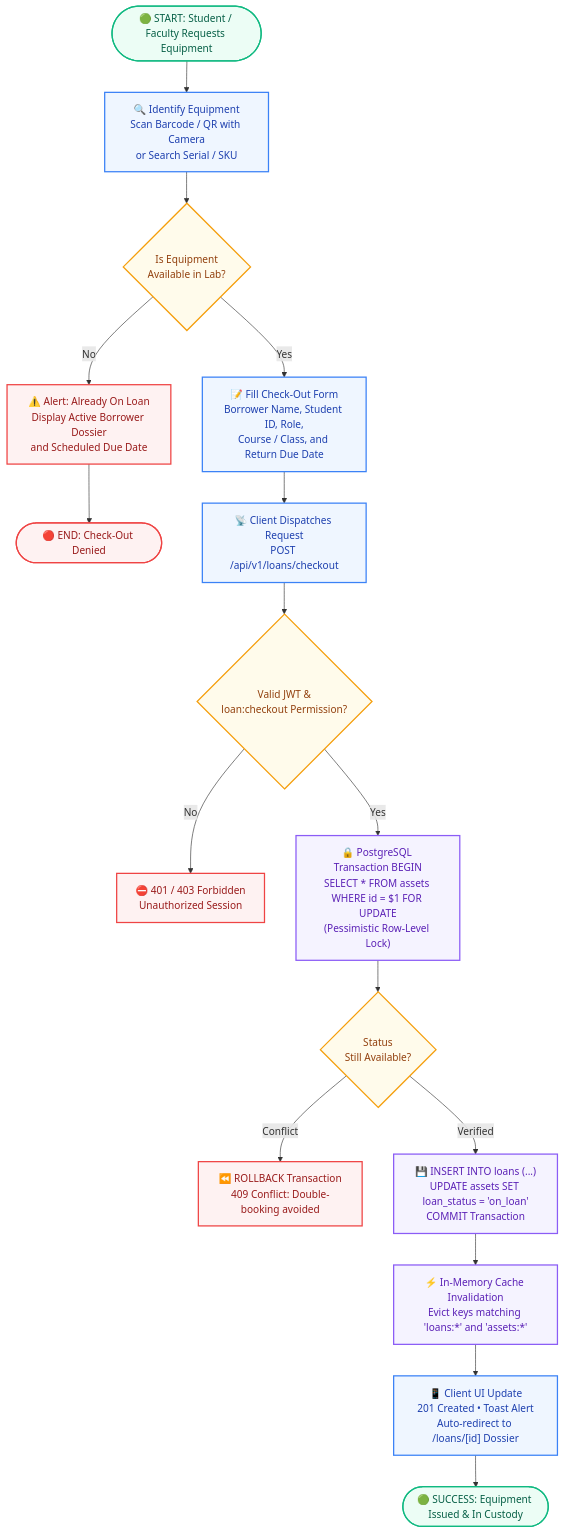
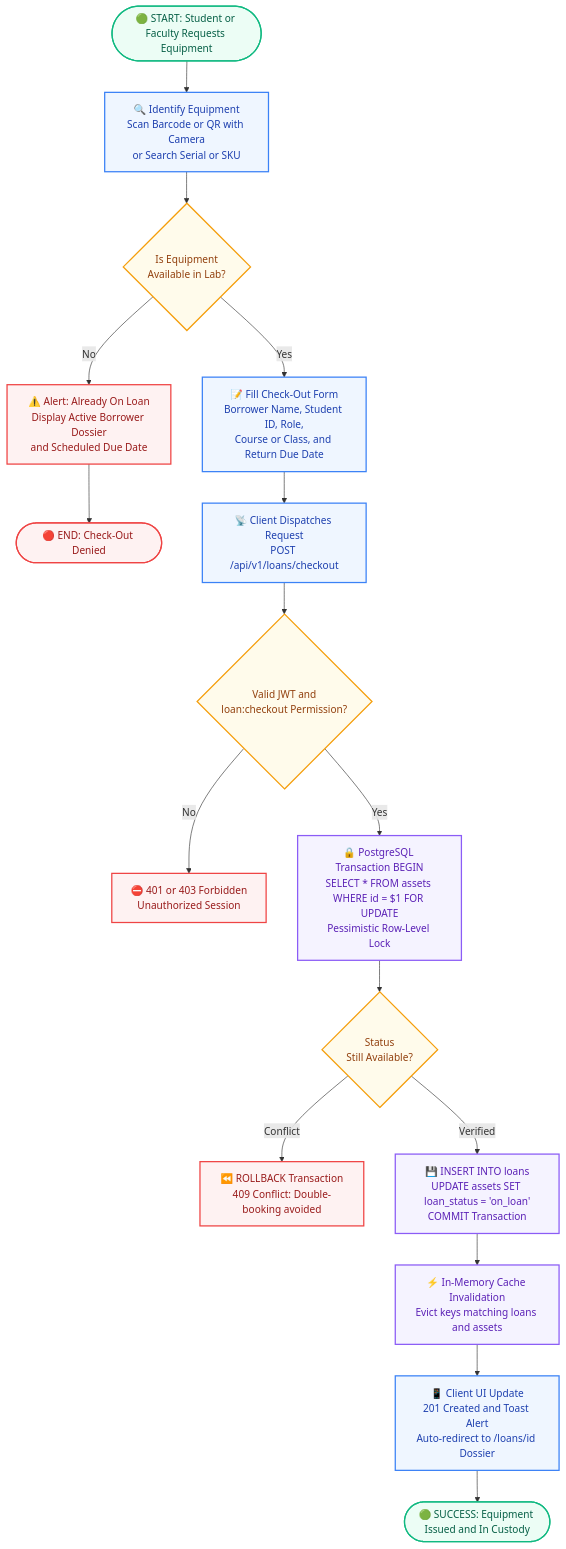
Before and after one commit to Ari-ICU/lab-stock: the first of 3 diagrams in README.md, drawn with Mermaid. The commit also changed other lines of this file and 1 other file, not shown here.

Commit message:
docs: sanitize Mermaid flowchart syntax in markdown documentation

````diff
--- a/README.md
+++ b/README.md
@@ -158,36 +158,36 @@
 ```mermaid
 flowchart TD
-    Start([🟢 START: Student / Faculty Requests Equipment]) --> Scan[🔍 Identify Equipment<br/>Scan Barcode / QR with Camera<br/>or Search Serial / SKU]
-    Scan --> DecideAvail{Is Equipment<br/>Available in Lab?}
+    Start(["🟢 START: Student or Faculty Requests Equipment"]) --> Scan["🔍 Identify Equipment<br/>Scan Barcode or QR with Camera<br/>or Search Serial or SKU"]
+    Scan --> DecideAvail{"Is Equipment<br/>Available in Lab?"}
     
-    DecideAvail -- No --> AlertLoaned[⚠️ Alert: Already On Loan<br/>Display Active Borrower Dossier<br/>and Scheduled Due Date]
-    AlertLoaned --> EndReject([🔴 END: Check-Out Denied])
+    DecideAvail -- No --> AlertLoaned["⚠️ Alert: Already On Loan<br/>Display Active Borrower Dossier<br/>and Scheduled Due Date"]
+    AlertLoaned --> EndReject(["🔴 END: Check-Out Denied"])
     
-    DecideAvail -- Yes --> FillForm[📝 Fill Check-Out Form<br/>Borrower Name, Student ID, Role,<br/>Course / Class, and Return Due Date]
-    FillForm --> DispatchAPI[📡 Client Dispatches Request<br/>POST /api/v1/loans/checkout]
-    DispatchAPI --> GuardAuth{Valid JWT &<br/>loan:checkout Permission?}
+    DecideAvail -- Yes --> FillForm["📝 Fill Check-Out Form<br/>Borrower Name, Student ID, Role,<br/>Course or Class, and Return Due Date"]
+    FillForm --> DispatchAPI["📡 Client Dispatches Request<br/>POST /api/v1/loans/checkout"]
+    DispatchAPI --> GuardAuth{"Valid JWT and<br/>loan:checkout Permission?"}
     
-    GuardAuth -- No --> AuthErr[⛔ 401 / 403 Forbidden<br/>Unauthorized Session]
-    GuardAuth -- Yes --> DBTx["🔒 PostgreSQL Transaction BEGIN<br/>SELECT * FROM assets WHERE id = $1 FOR UPDATE<br/>(Pessimistic Row-Level Lock)"]
+    GuardAuth -- No --> AuthErr["⛔ 401 or 403 Forbidden<br/>Unauthorized Session"]
+    GuardAuth -- Yes --> DBTx["🔒 PostgreSQL Transaction BEGIN<br/>SELECT * FROM assets WHERE id = $1 FOR UPDATE<br/>Pessimistic Row-Level Lock"]
     
-    DBTx --> RaceCheck{Status<br/>Still Available?}
-    RaceCheck -- Conflict --> Rollback[⏪ ROLLBACK Transaction<br/>409 Conflict: Double-booking avoided]
+    DBTx --> RaceCheck{"Status<br/>Still Available?"}
+    RaceCheck -- Conflict --> Rollback["⏪ ROLLBACK Transaction<br/>409 Conflict: Double-booking avoided"]
     
-    RaceCheck -- Verified --> Commit["💾 INSERT INTO loans (...)<br/>UPDATE assets SET loan_status = 'on_loan'<br/>COMMIT Transaction"]
+    RaceCheck -- Verified --> Commit["💾 INSERT INTO loans<br/>UPDATE assets SET loan_status = 'on_loan'<br/>COMMIT Transaction"]
     
-    Commit --> EvictCache["⚡ In-Memory Cache Invalidation<br/>Evict keys matching 'loans:*' and 'assets:*'"]
-    EvictCache --> UIUpdate["📱 Client UI Update<br/>201 Created • Toast Alert<br/>Auto-redirect to /loans/[id] Dossier"]
-    UIUpdate --> Success([🟢 SUCCESS: Equipment Issued & In Custody])
+    Commit --> EvictCache["⚡ In-Memory Cache Invalidation<br/>Evict keys matching loans and assets"]
+    EvictCache --> UIUpdate["📱 Client UI Update<br/>201 Created and Toast Alert<br/>Auto-redirect to /loans/id Dossier"]
+    UIUpdate --> Success(["🟢 SUCCESS: Equipment Issued and In Custody"])
 
     classDef green fill:#ecfdf5,stroke:#10b981,stroke-width:2px,color:#065f46;
     classDef amber fill:#fffbeb,stroke:#f59e0b,stroke-width:2px,color:#92400e;
     classDef red fill:#fef2f2,stroke:#ef4444,stroke-width:2px,color:#991b1b;
     classDef blue fill:#eff6ff,stroke:#3b82f6,stroke-width:2px,color:#1e40af;
     classDef purple fill:#f5f3ff,stroke:#8b5cf6,stroke-width:2px,color:#5b21b6;
     
     class Start,Success green;
     class DecideAvail,GuardAuth,RaceCheck amber;
     class AlertLoaned,EndReject,AuthErr,Rollback red;
     class Scan,FillForm,DispatchAPI,UIUpdate blue;
     class DBTx,Commit,EvictCache purple;
 ```
````
